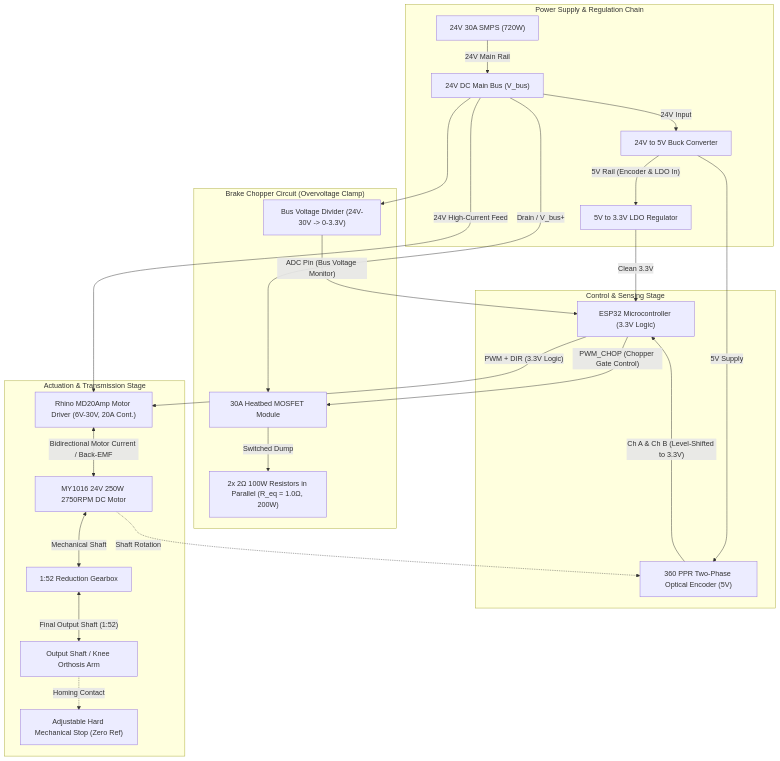
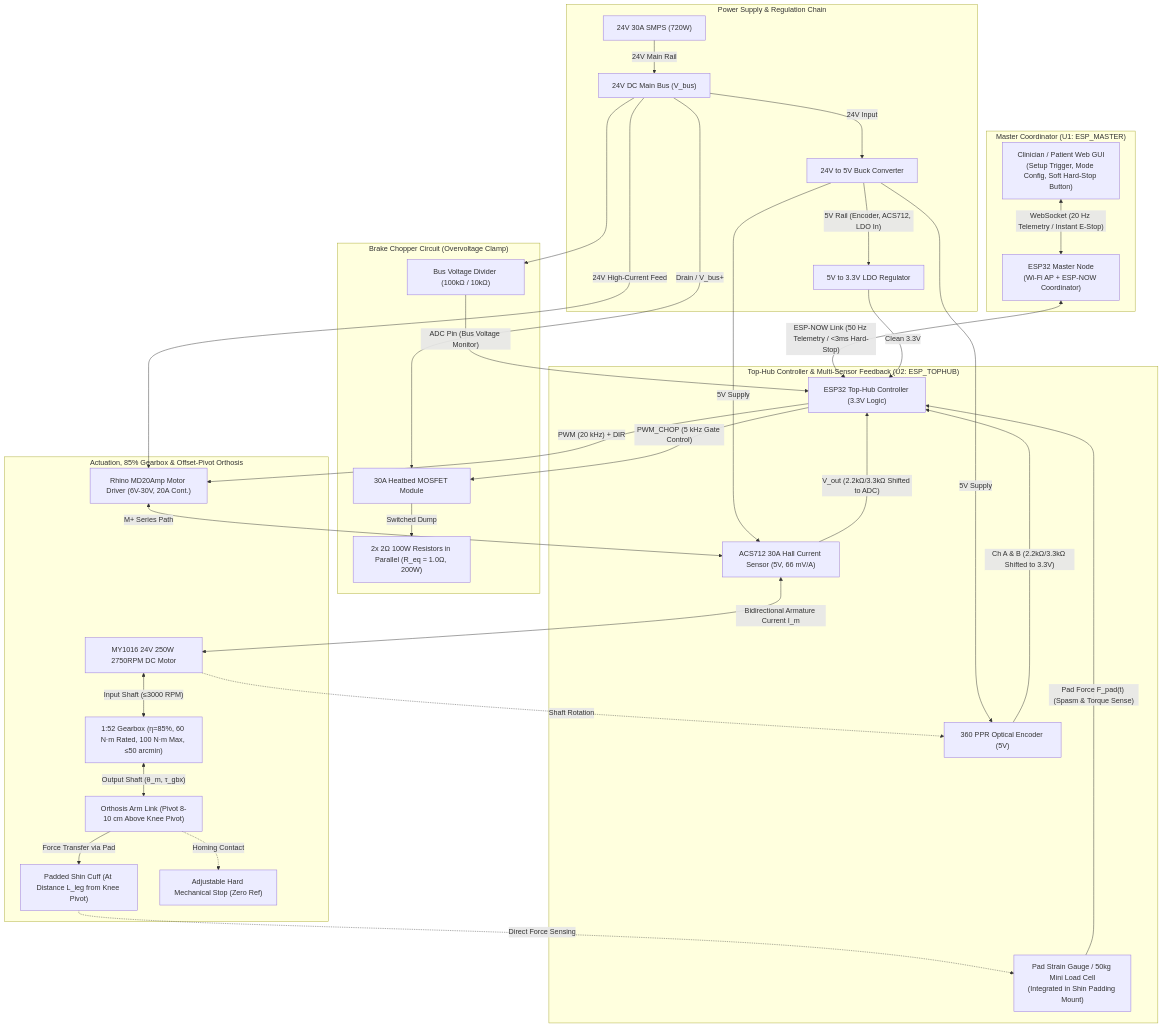
The first of 6 diagrams in README.md (Kanishk-Goel-19/DP_DULLA), drawn with Mermaid before and after one commit. The commit also changed other lines of this file and 1 other file, not shown here.

Commit message:
updated top hub readme and added wiring guide

````diff
--- a/README.md
+++ b/README.md
@@ -29,46 +40,62 @@
 ```mermaid
 flowchart TD
+    subgraph Master_Stage ["Master Coordinator (U1: ESP_MASTER)"]
+        GUI["Clinician / Patient Web GUI\n(Setup Trigger, Mode Config, Soft Hard-Stop Button)"]
+        ESPM["ESP32 Master Node\n(Wi-Fi AP + ESP-NOW Coordinator)"]
+        GUI <-->|"WebSocket (20 Hz Telemetry / Instant E-Stop)"| ESPM
+    end
+
     subgraph Power_Stage ["Power Supply & Regulation Chain"]
         SMPS["24V 30A SMPS (720W)"]
         BUS["24V DC Main Bus (V_bus)"]
         BUCK["24V to 5V Buck Converter"]
         LDO["5V to 3.3V LDO Regulator"]
         SMPS -->|"24V Main Rail"| BUS
         BUS -->|"24V Input"| BUCK
-        BUCK -->|"5V Rail (Encoder & LDO In)"| LDO
+        BUCK -->|"5V Rail (Encoder, ACS712, LDO In)"| LDO
     end
 
     subgraph Regen_Protection ["Brake Chopper Circuit (Overvoltage Clamp)"]
-        VSENSE["Bus Voltage Divider (24V-30V -> 0-3.3V)"]
+        VSENSE["Bus Voltage Divider (100kΩ / 10kΩ)"]
         MOS["30A Heatbed MOSFET Module"]
         RES["2x 2Ω 100W Resistors in Parallel (R_eq = 1.0Ω, 200W)"]
         BUS --> VSENSE
         BUS -->|"Drain / V_bus+"| MOS
         MOS -->|"Switched Dump"| RES
     end
 
-    subgraph Control_Stage ["Control & Sensing Stage"]
-        ESP["ESP32 Microcontroller (3.3V Logic)"]
-        ENC["360 PPR Two-Phase Optical Encoder (5V)"]
+    subgraph Control_Stage ["Top-Hub Controller & Multi-Sensor Feedback (U2: ESP_TOPHUB)"]
+        ESP["ESP32 Top-Hub Controller (3.3V Logic)"]
+        ENC["360 PPR Optical Encoder (5V)"]
+        ACS["ACS712 30A Hall Current Sensor (5V, 66 mV/A)"]
+        SG["Pad Strain Gauge / 50kg Mini Load Cell\n(Integrated in Shin Padding Mount)"]
+        ESPM <-->|"ESP-NOW Link (50 Hz Telemetry / <3ms Hard-Stop)"| ESP
         LDO -->|"Clean 3.3V"| ESP
         BUCK -->|"5V Supply"| ENC
-        ENC -->|"Ch A & Ch B (Level-Shifted to 3.3V)"| ESP
+        BUCK -->|"5V Supply"| ACS
+        ENC -->|"Ch A & B (2.2kΩ/3.3kΩ Shifted to 3.3V)"| ESP
+        ACS -->|"V_out (2.2kΩ/3.3kΩ Shifted to ADC)"| ESP
+        SG -->|"Pad Force F_pad(t) (Spasm & Torque Sense)"| ESP
         VSENSE -->|"ADC Pin (Bus Voltage Monitor)"| ESP
-        ESP -->|"PWM_CHOP (Chopper Gate Control)"| MOS
+        ESP -->|"PWM_CHOP (5 kHz Gate Control)"| MOS
     end
 
-    subgraph Drive_Stage ["Actuation & Transmission Stage"]
+    subgraph Drive_Stage ["Actuation, 85% Gearbox & Offset-Pivot Orthosis"]
         DRV["Rhino MD20Amp Motor Driver (6V-30V, 20A Cont.)"]
         MOT["MY1016 24V 250W 2750RPM DC Motor"]
-        GBX["1:52 Reduction Gearbox"]
-        ARM["Output Shaft / Knee Orthosis Arm"]
+        GBX["1:52 Gearbox (η=85%, 60 N·m Rated, 100 N·m Max, ≤50 arcmin)"]
+        ARM["Orthosis Arm Link (Pivot 8-10 cm Above Knee Pivot)"]
+        PAD["Padded Shin Cuff (At Distance L_leg from Knee Pivot)"]
         STOP["Adjustable Hard Mechanical Stop (Zero Ref)"]
         BUS -->|"24V High-Current Feed"| DRV
-        ESP -->|"PWM + DIR (3.3V Logic)"| DRV
-        DRV <-->|"Bidirectional Motor Current / Back-EMF"| MOT
-        MOT <-->|"Mechanical Shaft"| GBX
-        GBX <-->|"Final Output Shaft (1:52)"| ARM
+        ESP -->|"PWM (20 kHz) + DIR"| DRV
+        DRV <-->|"M+ Series Path"| ACS
+        ACS <-->|"Bidirectional Armature Current I_m"| MOT
+        MOT <-->|"Input Shaft (≤3000 RPM)"| GBX
+        GBX <-->|"Output Shaft (θ_m, τ_gbx)"| ARM
+        ARM -->|"Force Transfer via Pad"| PAD
+        PAD -.->|"Direct Force Sensing"| SG
         ARM -.->|"Homing Contact"| STOP
         MOT -.->|"Shaft Rotation"| ENC
     end
 ```
````
